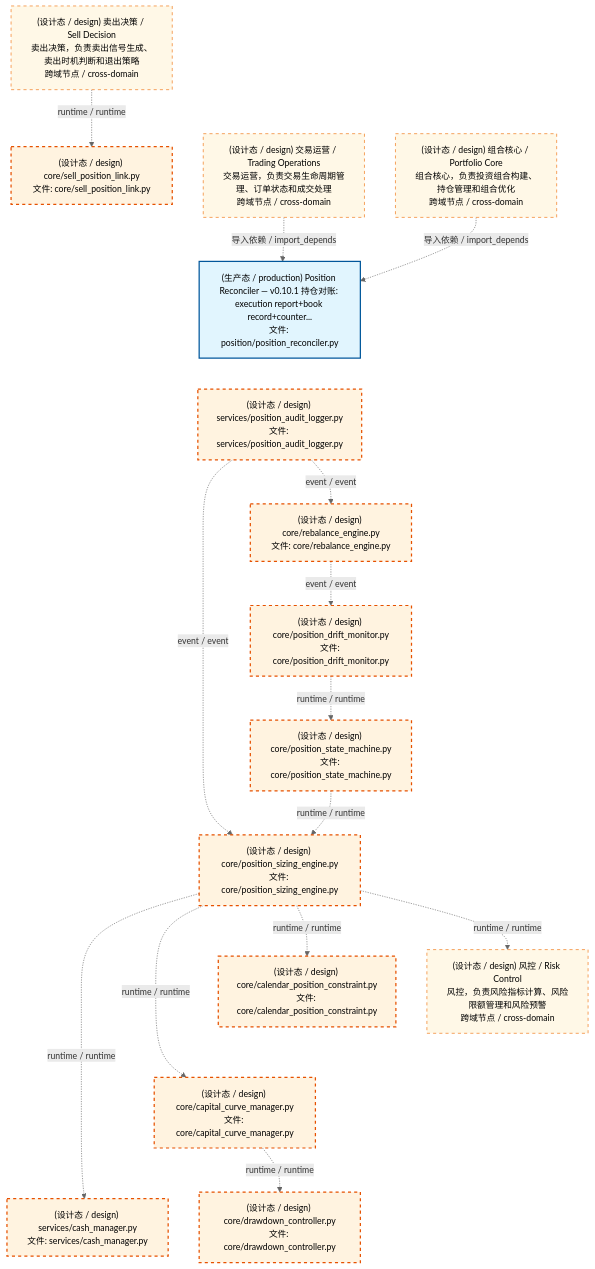
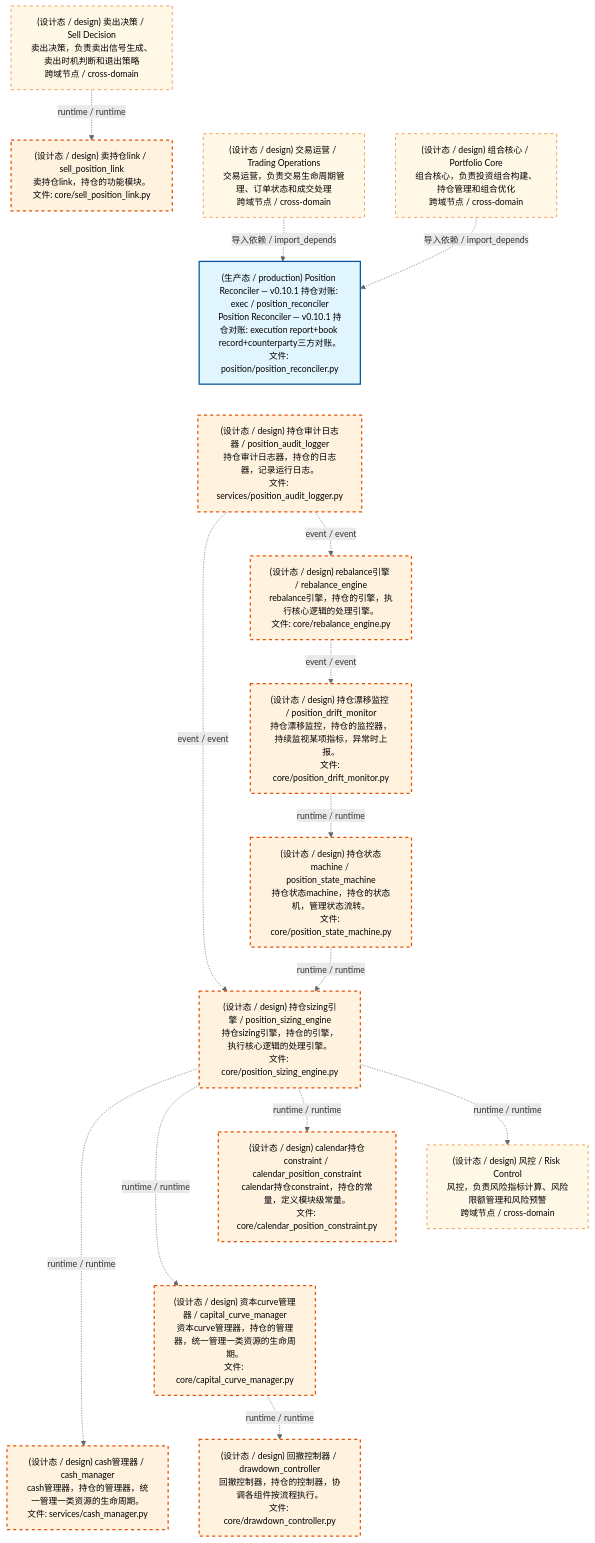
Before and after one commit to xuanFelixVan/ZephyrAlpha: the first of 4 diagrams in docs/02_enterprise_architecture/02_domain_architecture_docs/64_d_position.md, drawn with Mermaid. The commit also changed other lines of this file and 60 other files, not shown here.

````diff
--- a/docs/02_enterprise_architecture/02_domain_architecture_docs/64_d_position.md
+++ b/docs/02_enterprise_architecture/02_domain_architecture_docs/64_d_position.md
@@ -53,43 +53,43 @@
 ```mermaid
 %%{init: {'theme': 'base', 'themeVariables': {'primaryColor': '#eaeaea', 'primaryTextColor': '#333333', 'primaryBorderColor': '#666666', 'lineColor': '#666666', 'secondaryColor': '#eaeaea', 'tertiaryColor': '#eaeaea', 'fontSize': '14px'}}}%%
 flowchart TD
-    src_zephyr_position_core_sell_position_link_py["(设计态 / design) core/sell_position_link.py<br/>文件: core/sell_position_link.py"]
-    src_zephyr_position_position_reconciler_py["(生产态 / production) Position Reconciler — v0.10.1 持仓对账: execution report+book record+counter...<br/>文件: position/position_reconciler.py"]
-    src_zephyr_position_services_position_audit_logger_py["(设计态 / design) services/position_audit_logger.py<br/>文件: services/position_audit_logger.py"]
+    src_zephyr_position_core_sell_position_link_py["(设计态 / design) 卖持仓link / sell_position_link<br/>卖持仓link，持仓的功能模块。<br/>文件: core/sell_position_link.py"]
+    src_zephyr_position_position_reconciler_py["(生产态 / production) Position Reconciler — v0.10.1 持仓对账: exec / position_reconciler<br/>Position Reconciler — v0.10.1 持仓对账: execution report+book record+counterparty三方对账。<br/>文件: position/position_reconciler.py"]
+    src_zephyr_position_services_position_audit_logger_py["(设计态 / design) 持仓审计日志器 / position_audit_logger<br/>持仓审计日志器，持仓的日志器，记录运行日志。<br/>文件: services/position_audit_logger.py"]
     src_zephyr_position_core_sell_position_link_py ~~~ src_zephyr_position_position_reconciler_py
     src_zephyr_position_position_reconciler_py ~~~ src_zephyr_position_services_position_audit_logger_py
-    src_zephyr_position_core_rebalance_engine_py["(设计态 / design) core/rebalance_engine.py<br/>文件: core/rebalance_engine.py"]
-    src_zephyr_position_core_position_drift_monitor_py["(设计态 / design) core/position_drift_monitor.py<br/>文件: core/position_drift_monitor.py"]
-    src_zephyr_position_core_position_state_machine_py["(设计态 / design) core/position_state_machine.py<br/>文件: core/position_state_machine.py"]
-    src_zephyr_position_core_position_sizing_engine_py["(设计态 / design) core/position_sizing_engine.py<br/>文件: core/position_sizing_engine.py"]
-    src_zephyr_position_core_calendar_position_constraint_py["(设计态 / design) core/calendar_position_constraint.py<br/>文件: core/calendar_position_constraint.py"]
-    src_zephyr_position_core_capital_curve_manager_py["(设计态 / design) core/capital_curve_manager.py<br/>文件: core/capital_curve_manager.py"]
-    src_zephyr_position_services_cash_manager_py["(设计态 / design) services/cash_manager.py<br/>文件: services/cash_manager.py"]
+    src_zephyr_position_core_rebalance_engine_py["(设计态 / design) rebalance引擎 / rebalance_engine<br/>rebalance引擎，持仓的引擎，执行核心逻辑的处理引擎。<br/>文件: core/rebalance_engine.py"]
+    src_zephyr_position_core_position_drift_monitor_py["(设计态 / design) 持仓漂移监控 / position_drift_monitor<br/>持仓漂移监控，持仓的监控器，持续监视某项指标，异常时上报。<br/>文件: core/position_drift_monitor.py"]
+    src_zephyr_position_core_position_state_machine_py["(设计态 / design) 持仓状态machine / position_state_machine<br/>持仓状态machine，持仓的状态机，管理状态流转。<br/>文件: core/position_state_machine.py"]
+    src_zephyr_position_core_position_sizing_engine_py["(设计态 / design) 持仓sizing引擎 / position_sizing_engine<br/>持仓sizing引擎，持仓的引擎，执行核心逻辑的处理引擎。<br/>文件: core/position_sizing_engine.py"]
+    src_zephyr_position_core_calendar_position_constraint_py["(设计态 / design) calendar持仓constraint / calendar_position_constraint<br/>calendar持仓constraint，持仓的常量，定义模块级常量。<br/>文件: core/calendar_position_constraint.py"]
+    src_zephyr_position_core_capital_curve_manager_py["(设计态 / design) 资本curve管理器 / capital_curve_manager<br/>资本curve管理器，持仓的管理器，统一管理一类资源的生命周期。<br/>文件: core/capital_curve_manager.py"]
+    src_zephyr_position_services_cash_manager_py["(设计态 / design) cash管理器 / cash_manager<br/>cash管理器，持仓的管理器，统一管理一类资源的生命周期。<br/>文件: services/cash_manager.py"]
     src_zephyr_position_core_calendar_position_constraint_py ~~~ src_zephyr_position_core_capital_curve_manager_py
     src_zephyr_position_core_capital_curve_manager_py ~~~ src_zephyr_position_services_cash_manager_py
-    src_zephyr_position_core_drawdown_controller_py["(设计态 / design) core/drawdown_controller.py<br/>文件: core/drawdown_controller.py"]
+    src_zephyr_position_core_drawdown_controller_py["(设计态 / design) 回撤控制器 / drawdown_controller<br/>回撤控制器，持仓的控制器，协调各组件按流程执行。<br/>文件: core/drawdown_controller.py"]
     src_zephyr_position_core_position_sizing_engine_py -.->|runtime / runtime| src_zephyr_position_services_cash_manager_py
     src_zephyr_position_core_position_sizing_engine_py -.->|runtime / runtime| src_zephyr_position_core_capital_curve_manager_py
     src_zephyr_position_core_position_sizing_engine_py -.->|runtime / runtime| src_zephyr_position_core_calendar_position_constraint_py
     src_zephyr_position_core_position_state_machine_py -.->|runtime / runtime| src_zephyr_position_core_position_sizing_engine_py
     src_zephyr_position_core_position_drift_monitor_py -.->|runtime / runtime| src_zephyr_position_core_position_state_machine_py
     src_zephyr_position_core_rebalance_engine_py -.->|event / event| src_zephyr_position_core_position_drift_monitor_py
     src_zephyr_position_core_capital_curve_manager_py -.->|runtime / runtime| src_zephyr_position_core_drawdown_controller_py
     src_zephyr_position_services_position_audit_logger_py -.->|event / event| src_zephyr_position_core_position_sizing_engine_py
     src_zephyr_position_services_position_audit_logger_py -.->|event / event| src_zephyr_position_core_rebalance_engine_py
     D_RISK["(设计态 / design) 风控 / Risk Control<br/>风控，负责风险指标计算、风险限额管理和风险预警<br/>跨域节点 / cross-domain"]
     src_zephyr_position_core_position_sizing_engine_py -.->|runtime / runtime| D_RISK
     D_TRADING["(设计态 / design) 交易运营 / Trading Operations<br/>交易运营，负责交易生命周期管理、订单状态和成交处理<br/>跨域节点 / cross-domain"]
     D_TRADING -.->|导入依赖 / import_depends| src_zephyr_position_position_reconciler_py
     D_PF_CORE["(设计态 / design) 组合核心 / Portfolio Core<br/>组合核心，负责投资组合构建、持仓管理和组合优化<br/>跨域节点 / cross-domain"]
     D_PF_CORE -.->|导入依赖 / import_depends| src_zephyr_position_position_reconciler_py
     D_SELL_DECISION["(设计态 / design) 卖出决策 / Sell Decision<br/>卖出决策，负责卖出信号生成、卖出时机判断和退出策略<br/>跨域节点 / cross-domain"]
     D_SELL_DECISION -.->|runtime / runtime| src_zephyr_position_core_sell_position_link_py
     classDef production fill:#e1f5fe,stroke:#01579b,stroke-width:2px,color:#000
     classDef design fill:#fff3e0,stroke:#e65100,stroke-width:2px,color:#000,stroke-dasharray: 5 5
     classDef external_prod fill:#e8f4fd,stroke:#0277bd,stroke-width:1px,color:#000
     classDef external_design fill:#fff8e7,stroke:#ef6c00,stroke-width:1px,color:#000,stroke-dasharray: 5 5
     class src_zephyr_position_position_reconciler_py production
     class src_zephyr_position_core_calendar_position_constraint_py,src_zephyr_position_core_capital_curve_manager_py,src_zephyr_position_core_drawdown_controller_py,src_zephyr_position_core_position_drift_monitor_py,src_zephyr_position_core_position_sizing_engine_py,src_zephyr_position_core_position_state_machine_py,src_zephyr_position_core_rebalance_engine_py,src_zephyr_position_core_sell_position_link_py,src_zephyr_position_services_cash_manager_py,src_zephyr_position_services_position_audit_logger_py design
     class D_RISK,D_TRADING,D_PF_CORE,D_SELL_DECISION external_design
 ```
````
